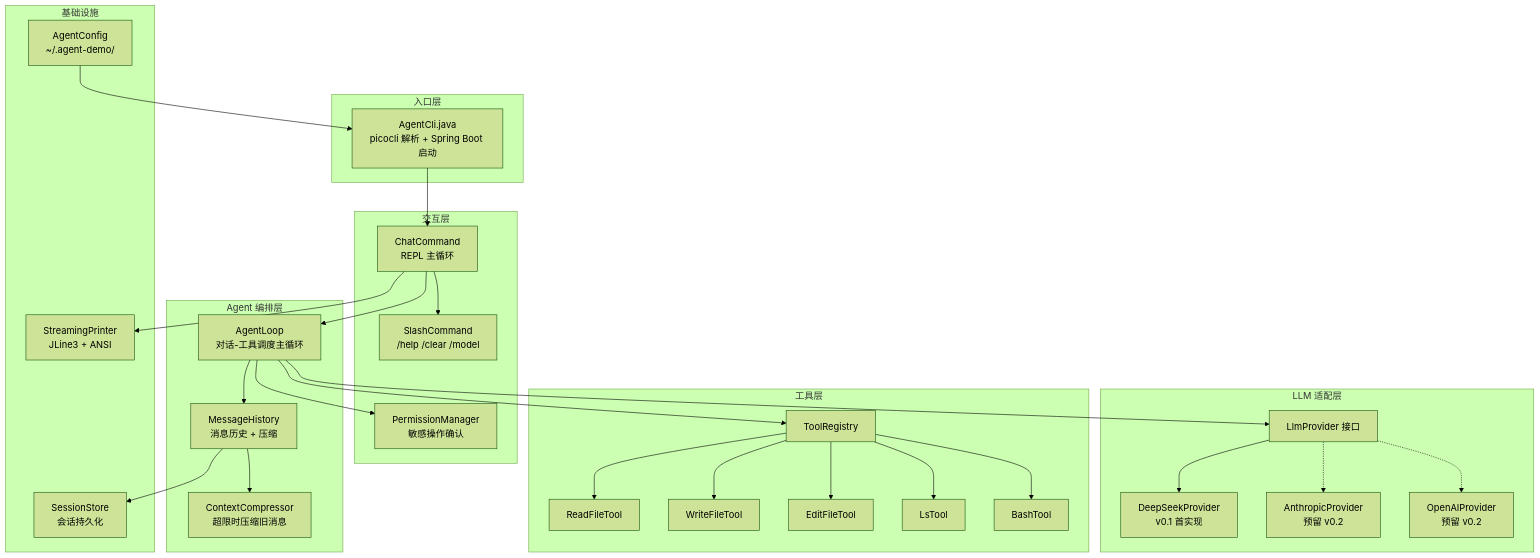
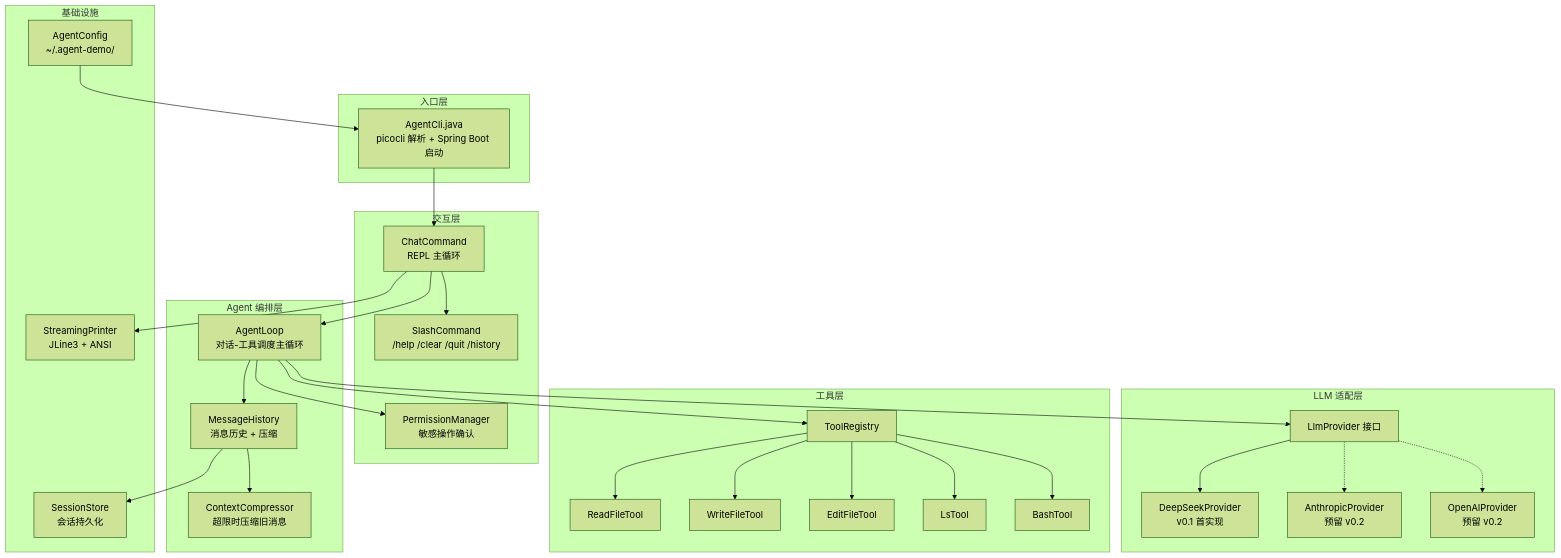
Before and after one commit to makemeking233-hub/agent-demo: the first of 2 diagrams in docs/design.md, drawn with Mermaid (forest theme). The commit also changed other lines of this file, not shown here.

````diff
--- a/docs/design.md
+++ b/docs/design.md
@@ -45,60 +47,60 @@
 ```mermaid
 flowchart TB
     subgraph entry["入口层"]
         MAIN["AgentCli.java<br/>picocli 解析 + Spring Boot 启动"]
     end
 
     subgraph repl["交互层"]
         REPL["ChatCommand<br/>REPL 主循环"]
-        SLIN["SlashCommand<br/>/help /clear /model"]
+        SLIN["SlashCommand<br/>/help /clear /quit /history"]
         PERM["PermissionManager<br/>敏感操作确认"]
     end
 
     subgraph agent["Agent 编排层"]
         LOOP["AgentLoop<br/>对话-工具调度主循环"]
         HIST["MessageHistory<br/>消息历史 + 压缩"]
         COMP["ContextCompressor<br/>超限时压缩旧消息"]
     end
 
     subgraph provider["LLM 适配层"]
         IF["LlmProvider 接口"]
         DS["DeepSeekProvider<br/>v0.1 首实现"]
         ANT["AnthropicProvider<br/>预留 v0.2"]
         OAI["OpenAIProvider<br/>预留 v0.2"]
     end
 
     subgraph tools["工具层"]
         REG["ToolRegistry"]
         READ["ReadFileTool"]
         WRITE["WriteFileTool"]
         EDIT["EditFileTool"]
         LS["LsTool"]
         BASH["BashTool"]
     end
 
     subgraph infra["基础设施"]
         SESS["SessionStore<br/>会话持久化"]
         CONF["AgentConfig<br/>~/.agent-demo/"]
         REND["StreamingPrinter<br/>JLine3 + ANSI"]
     end
 
     MAIN --> REPL
     REPL --> LOOP
     REPL --> SLIN
     REPL --> REND
     LOOP --> HIST
     LOOP --> PERM
     LOOP --> IF
     LOOP --> REG
     HIST --> COMP
     HIST --> SESS
     REG --> READ
     REG --> WRITE
     REG --> EDIT
     REG --> LS
     REG --> BASH
     IF --> DS
     IF -.-> ANT
     IF -.-> OAI
     CONF --> MAIN
 ```
````
